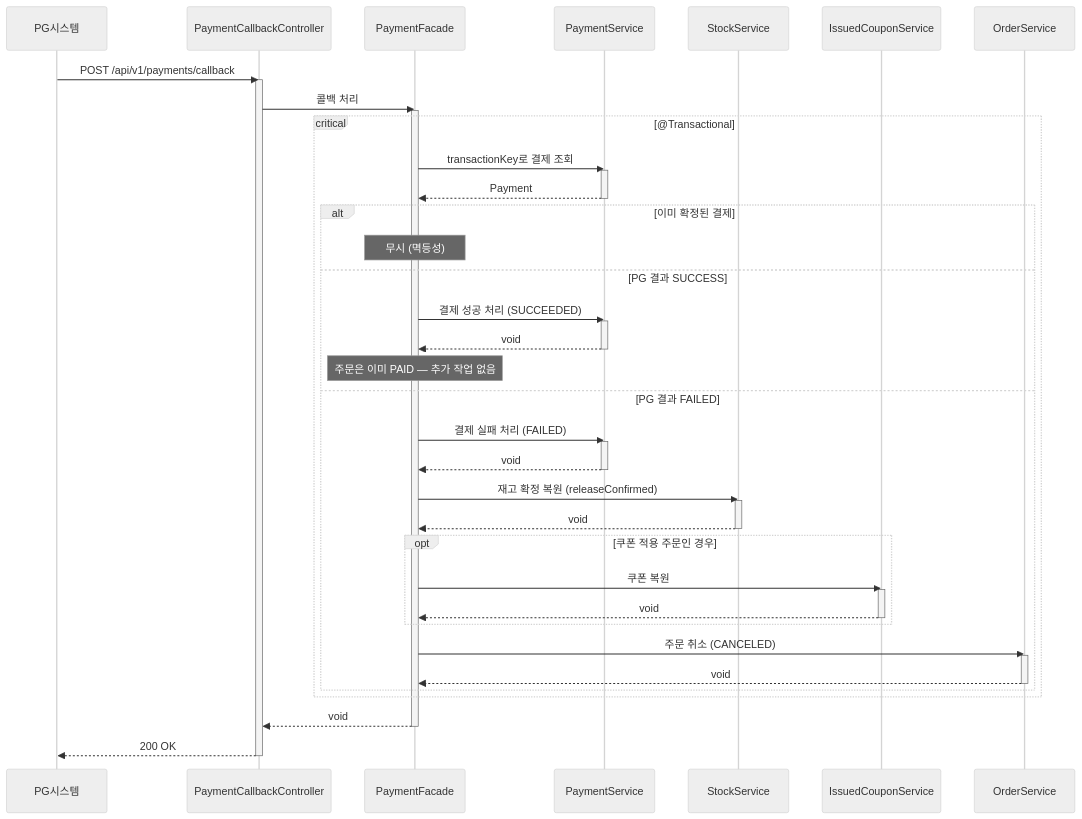
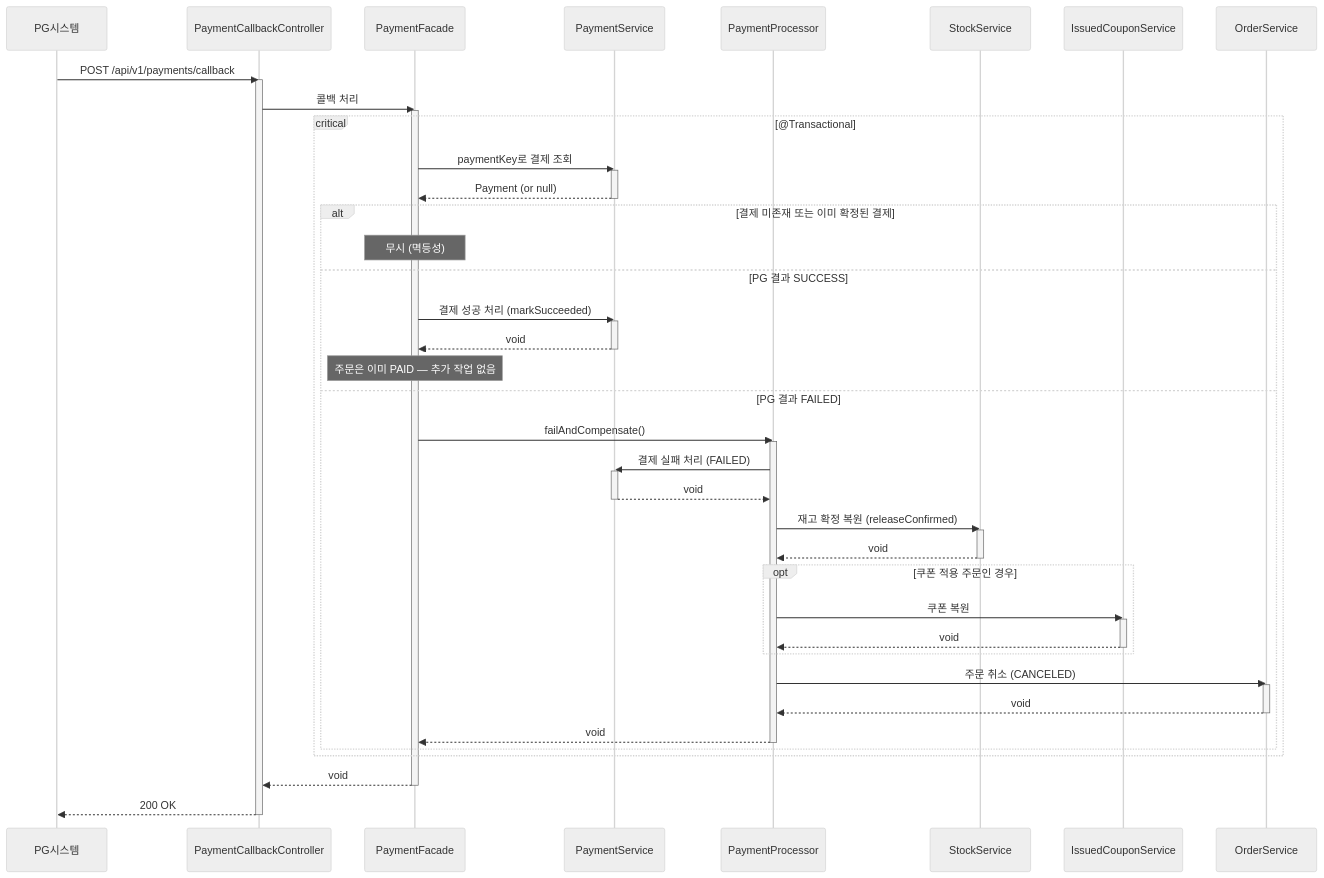
The diagram in docs/design/payment/sequences/002-payment-callback.md (Loopers-dev-lab/loop-pack-be-l2-vol3-java), drawn with Mermaid (neutral theme) before and after one commit. The commit also changed other lines of this file and 15 other files, not shown here.

````diff
--- a/docs/design/payment/sequences/002-payment-callback.md
+++ b/docs/design/payment/sequences/002-payment-callback.md
@@ -8,60 +8,65 @@
 ```mermaid
 sequenceDiagram
     participant PG시스템
     participant PC as PaymentCallbackController
     participant PF as PaymentFacade
     participant PS as PaymentService
+    participant PP as PaymentProcessor
     participant SS as StockService
     participant ICS as IssuedCouponService
     participant OS as OrderService
 
     PG시스템->>PC: POST /api/v1/payments/callback
     activate PC
     PC->>PF: 콜백 처리
     activate PF
 
     critical @Transactional
-        PF->>PS: transactionKey로 결제 조회
+        PF->>PS: paymentKey로 결제 조회
         activate PS
-        PS-->>PF: Payment
+        PS-->>PF: Payment (or null)
         deactivate PS
 
-        alt 이미 확정된 결제
+        alt 결제 미존재 또는 이미 확정된 결제
             Note over PF: 무시 (멱등성)
         else PG 결과 SUCCESS
-            PF->>PS: 결제 성공 처리 (SUCCEEDED)
+            PF->>PS: 결제 성공 처리 (markSucceeded)
             activate PS
             PS-->>PF: void
             deactivate PS
 
             Note over PF: 주문은 이미 PAID — 추가 작업 없음
         else PG 결과 FAILED
-            PF->>PS: 결제 실패 처리 (FAILED)
+            PF->>PP: failAndCompensate()
+            activate PP
+            PP->>PS: 결제 실패 처리 (FAILED)
             activate PS
-            PS-->>PF: void
+            PS-->>PP: void
             deactivate PS
 
-            PF->>SS: 재고 확정 복원 (releaseConfirmed)
+            PP->>SS: 재고 확정 복원 (releaseConfirmed)
             activate SS
-            SS-->>PF: void
+            SS-->>PP: void
             deactivate SS
 
             opt 쿠폰 적용 주문인 경우
-                PF->>ICS: 쿠폰 복원
+                PP->>ICS: 쿠폰 복원
                 activate ICS
-                ICS-->>PF: void
+                ICS-->>PP: void
                 deactivate ICS
             end
 
-            PF->>OS: 주문 취소 (CANCELED)
+            PP->>OS: 주문 취소 (CANCELED)
             activate OS
-            OS-->>PF: void
+            OS-->>PP: void
             deactivate OS
+            PP-->>PF: void
+            deactivate PP
         end
     end
 
     PF-->>PC: void
     deactivate PF
     PC-->>PG시스템: 200 OK
     deactivate PC
 ```
````
